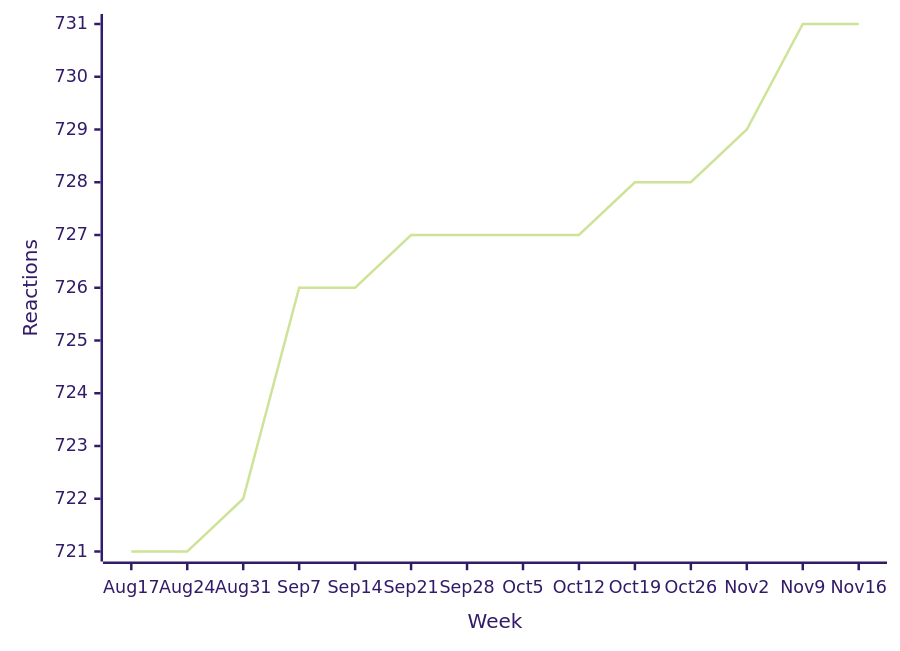
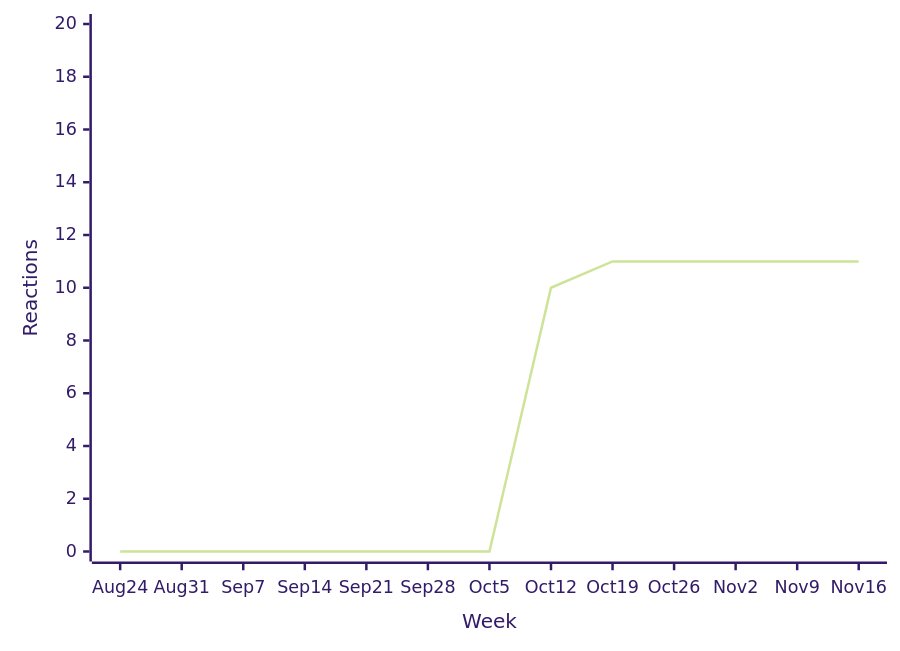
One commit to loic-sharma/github-insights changed the tenth of 31 diagrams in README.md. Above: the diagram before and after it, drawn with Mermaid (forest theme). The commit also changed other lines of this file and 3 other files, not shown here.

````diff
--- a/README.md
+++ b/README.md
@@ -477,6 +477,6 @@
   ```mermaid
   xychart-beta
-    x-axis "Week" [Aug 17, Aug 24, Aug 31, Sep 7, Sep 14, Sep 21, Sep 28, Oct 5, Oct 12, Oct 19, Oct 26, Nov 2, Nov 9, Nov 16]
-    y-axis "Reactions"
-    line [721, 721, 722, 726, 726, 727, 727, 727, 727, 728, 728, 729, 731, 731]
+    x-axis "Week" [Aug 24, Aug 31, Sep 7, Sep 14, Sep 21, Sep 28, Oct 5, Oct 12, Oct 19, Oct 26, Nov 2, Nov 9, Nov 16]
+    y-axis "Reactions" 0 --> 20
+    line [0, 0, 0, 0, 0, 0, 0, 10, 11, 11, 11, 11, 11]
   ```
````
